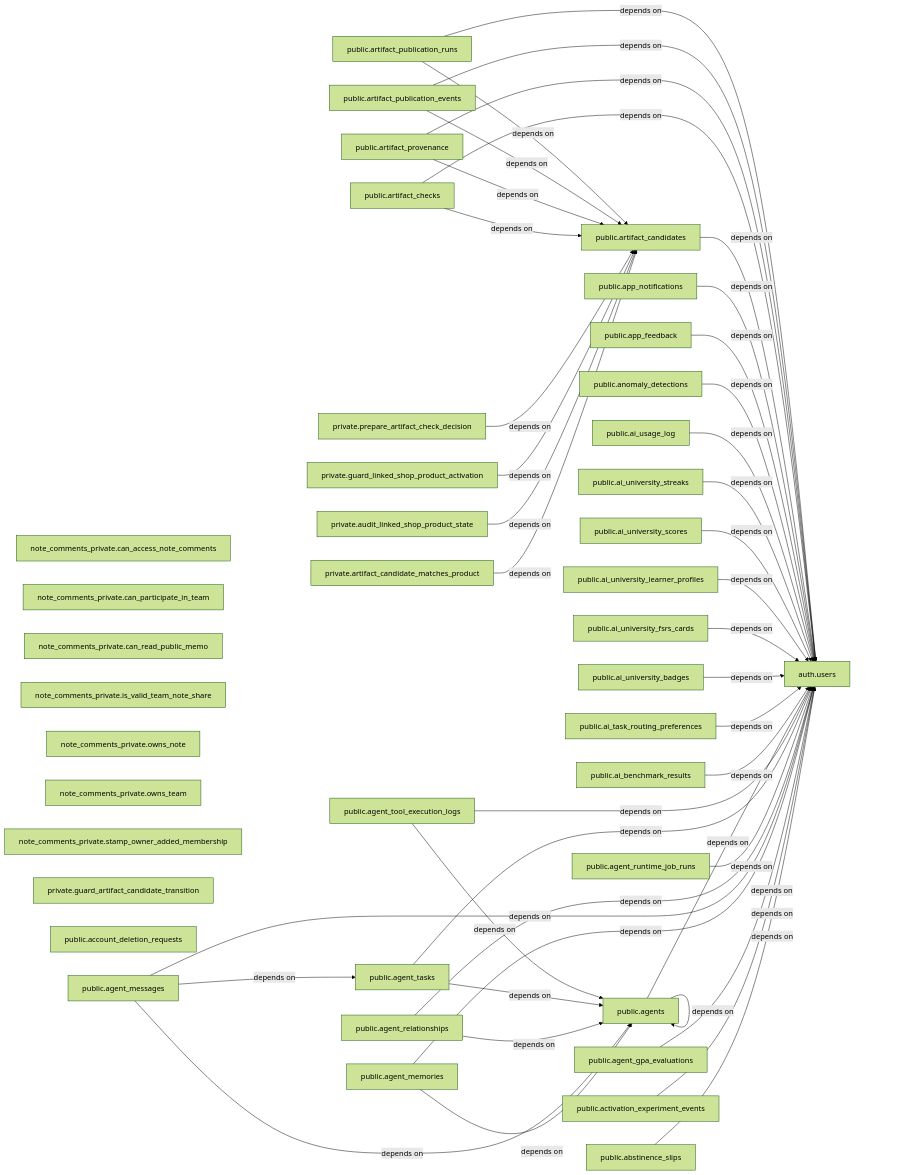
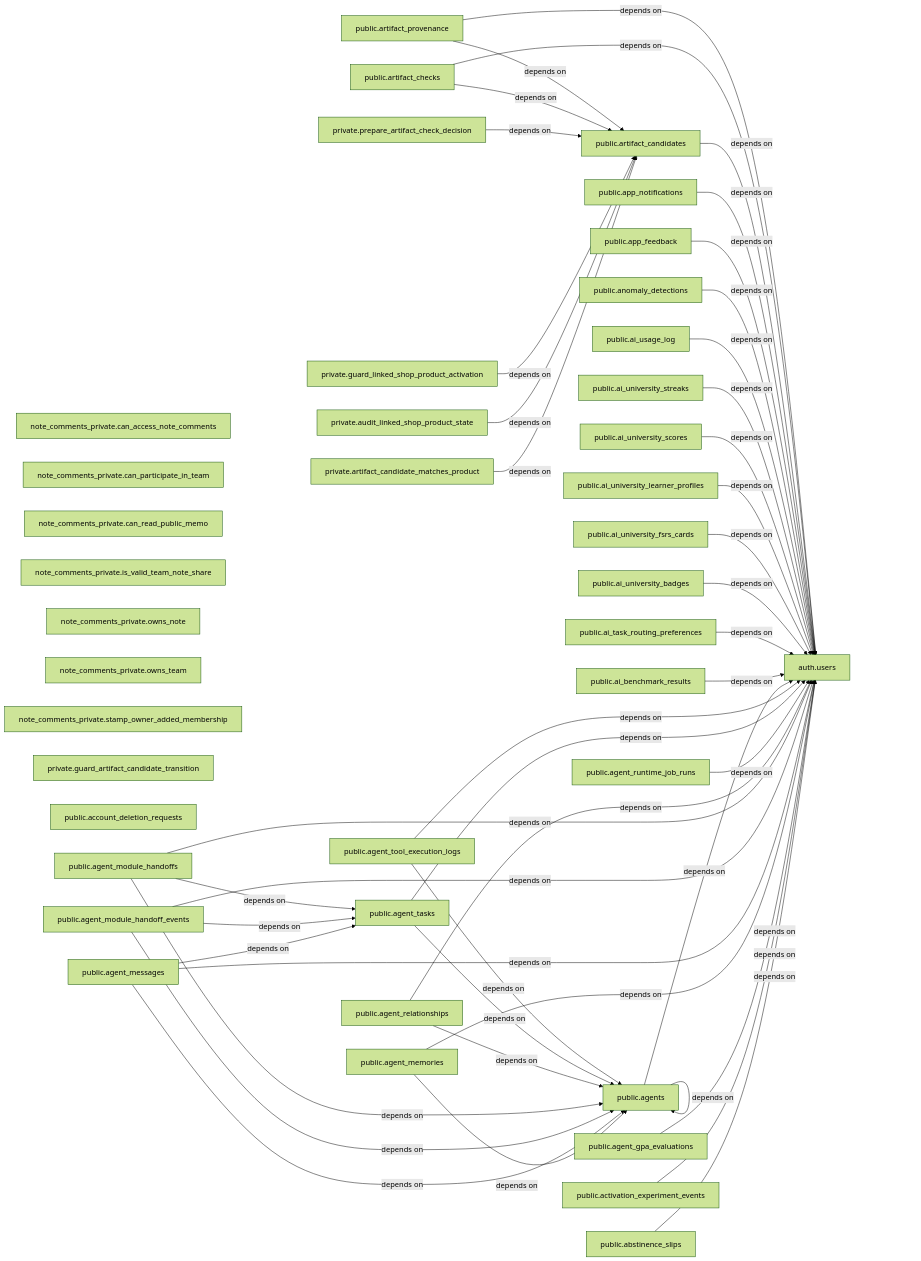
One commit to kanta13jp1/my_web_app changed the second of 2 diagrams in docs/generated/INFRASTRUCTURE_MAP.md. Above: the diagram before and after it, drawn with Mermaid (forest theme). The commit also changed other lines of this file and 17 other files, not shown here.

````diff
--- a/docs/generated/INFRASTRUCTURE_MAP.md
+++ b/docs/generated/INFRASTRUCTURE_MAP.md
@@ -43,6 +43,8 @@
   r_fbcd5fc165["public.agent_gpa_evaluations"]
   r_7673212bd8["public.agent_memories"]
   r_75122649e6["public.agent_messages"]
+  r_033868af7f["public.agent_module_handoff_events"]
+  r_999827be17["public.agent_module_handoffs"]
   r_d87b4e9d5a["public.agent_relationships"]
   r_ad4057e3a0["public.agent_runtime_job_runs"]
   r_07696a89a7["public.agent_tasks"]
@@ -62,8 +64,6 @@
   r_6ad0ab9cb0["public.artifact_candidates"]
   r_23a971d919["public.artifact_checks"]
   r_c8ec778b05["public.artifact_provenance"]
-  r_ca76b38abc["public.artifact_publication_events"]
-  r_6497873395["public.artifact_publication_runs"]
   r_8191971c00 -->|depends on| r_6ad0ab9cb0
   r_e1862b1f50 -->|depends on| r_6ad0ab9cb0
   r_f6277383c4 -->|depends on| r_6ad0ab9cb0
@@ -76,6 +76,12 @@
   r_75122649e6 -->|depends on| r_83903ee32b
   r_75122649e6 -->|depends on| r_07696a89a7
   r_75122649e6 -->|depends on| r_b7636f3dcb
+  r_033868af7f -->|depends on| r_83903ee32b
+  r_033868af7f -->|depends on| r_07696a89a7
+  r_033868af7f -->|depends on| r_b7636f3dcb
+  r_999827be17 -->|depends on| r_83903ee32b
+  r_999827be17 -->|depends on| r_07696a89a7
+  r_999827be17 -->|depends on| r_b7636f3dcb
   r_d87b4e9d5a -->|depends on| r_83903ee32b
   r_d87b4e9d5a -->|depends on| r_b7636f3dcb
   r_ad4057e3a0 -->|depends on| r_83903ee32b
@@ -101,8 +107,4 @@
   r_23a971d919 -->|depends on| r_6ad0ab9cb0
   r_c8ec778b05 -->|depends on| r_83903ee32b
   r_c8ec778b05 -->|depends on| r_6ad0ab9cb0
-  r_ca76b38abc -->|depends on| r_83903ee32b
-  r_ca76b38abc -->|depends on| r_6ad0ab9cb0
-  r_6497873395 -->|depends on| r_83903ee32b
-  r_6497873395 -->|depends on| r_6ad0ab9cb0
 ```
````
